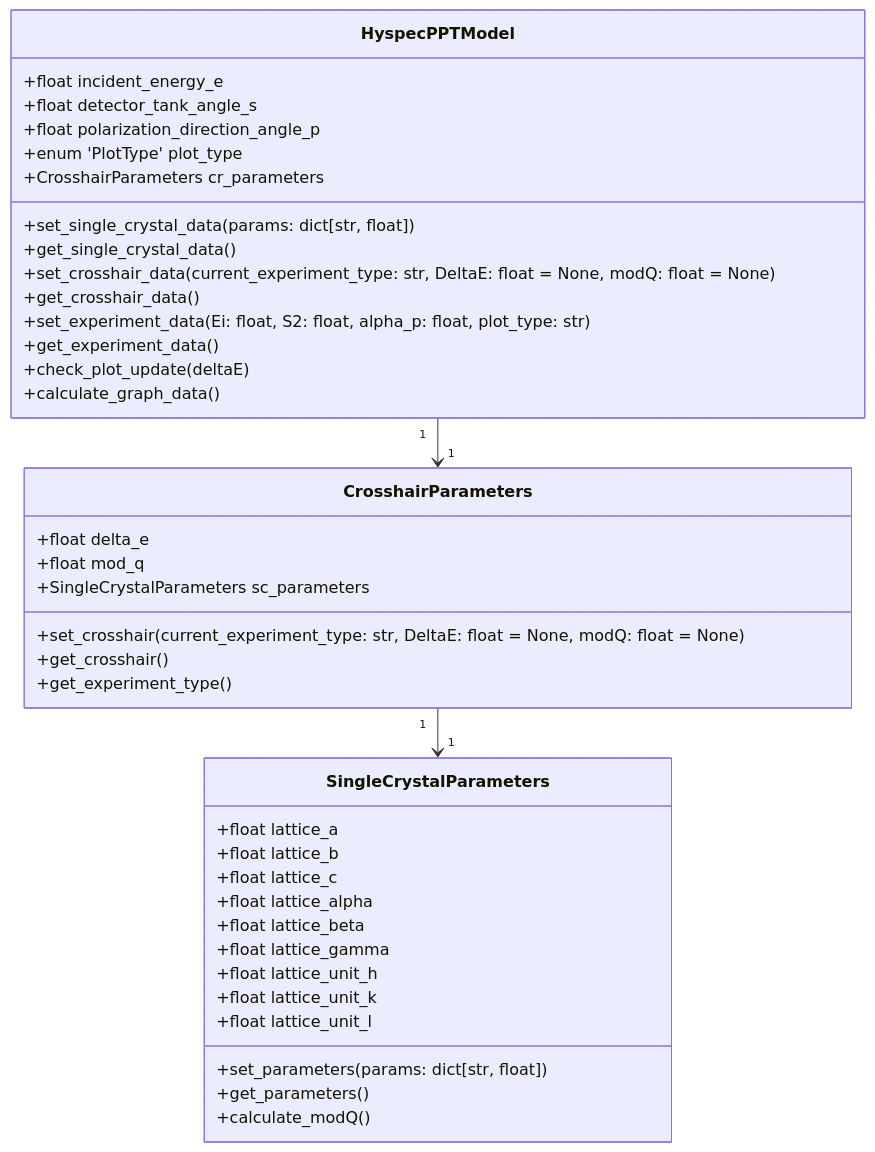
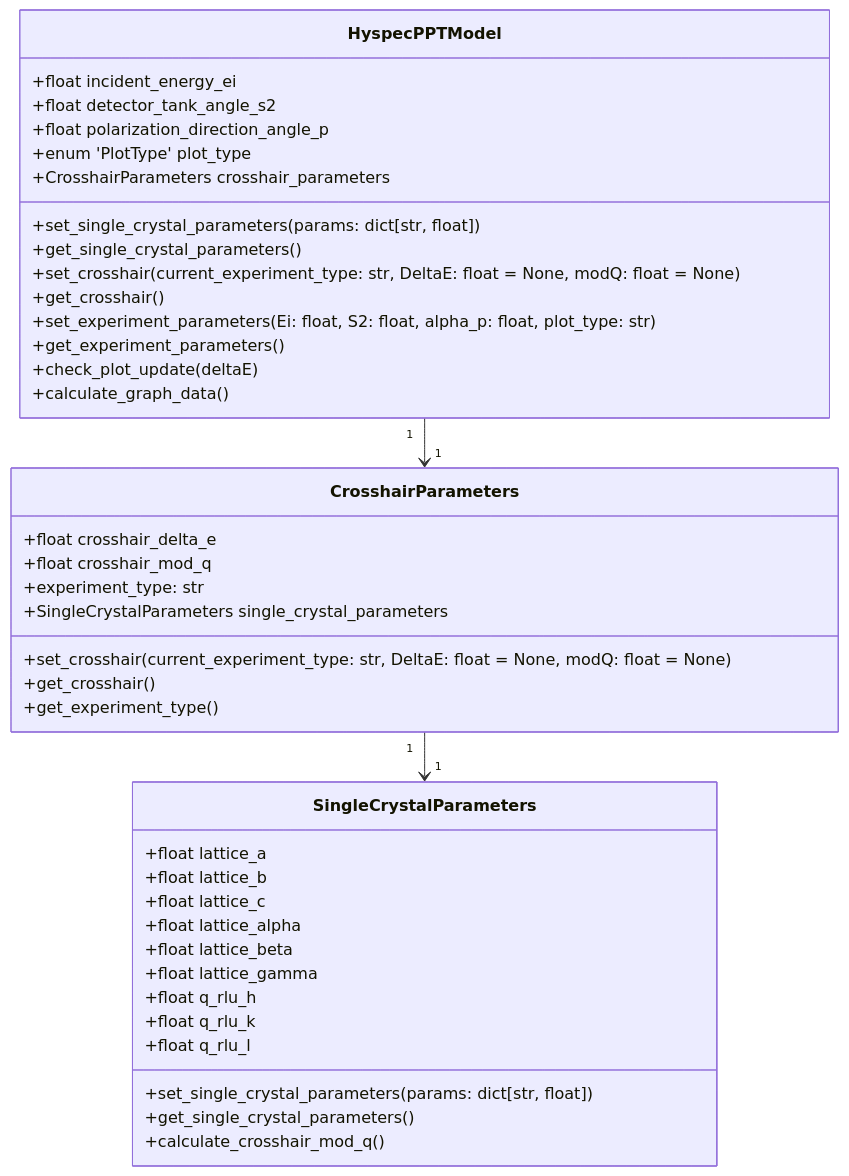
One commit to neutrons/hyspecppt changed the first of 15 diagrams in docs/source/design/hyspecpptclasses.rst. Above: the diagram before and after it, drawn with Mermaid. The commit also changed other lines of this file, not shown here.

```diff
--- a/docs/source/design/hyspecpptclasses.rst
+++ b/docs/source/design/hyspecpptclasses.rst
@@ -16,46 +16,47 @@
 .. mermaid::
 
  classDiagram
     HyspecPPTModel "1" -->"1" CrosshairParameters
     CrosshairParameters "1" -->"1" SingleCrystalParameters
 
     class HyspecPPTModel{
-        +float incident_energy_e
-        +float detector_tank_angle_s
+        +float incident_energy_ei
+        +float detector_tank_angle_s2
         +float polarization_direction_angle_p
         +enum 'PlotType' plot_type
-        +CrosshairParameters cr_parameters
-        +set_single_crystal_data(params: dict[str, float])
-        +get_single_crystal_data()
-        +set_crosshair_data(current_experiment_type: str, DeltaE: float = None, modQ: float = None)
-        +get_crosshair_data()
-        +set_experiment_data(Ei: float, S2: float, alpha_p: float, plot_type: str)
-        +get_experiment_data()
+        +CrosshairParameters crosshair_parameters
+        +set_single_crystal_parameters(params: dict[str, float])
+        +get_single_crystal_parameters()
+        +set_crosshair(current_experiment_type: str, DeltaE: float = None, modQ: float = None)
+        +get_crosshair()
+        +set_experiment_parameters(Ei: float, S2: float, alpha_p: float, plot_type: str)
+        +get_experiment_parameters()
         +check_plot_update(deltaE)
         +calculate_graph_data()
     }
 
 
     class CrosshairParameters{
-        +float delta_e
-        +float mod_q
-        +SingleCrystalParameters sc_parameters
+        +float crosshair_delta_e
+        +float crosshair_mod_q
+        +experiment_type: str
+        +SingleCrystalParameters single_crystal_parameters
         +set_crosshair(current_experiment_type: str, DeltaE: float = None, modQ: float = None)
         +get_crosshair()
         +get_experiment_type()
     }
 
     class SingleCrystalParameters{
         +float lattice_a
         +float lattice_b
         +float lattice_c
         +float lattice_alpha
         +float lattice_beta
         +float lattice_gamma
-        +float lattice_unit_h
-        +float lattice_unit_k
-        +float lattice_unit_l
-        +set_parameters(params: dict[str, float])
-        +get_parameters()
-        +calculate_modQ()
+        +float q_rlu_h
+        +float q_rlu_k
+        +float q_rlu_l
+        +set_single_crystal_parameters(params: dict[str, float])
+        +get_single_crystal_parameters()
+        +calculate_crosshair_mod_q()
     }
```
